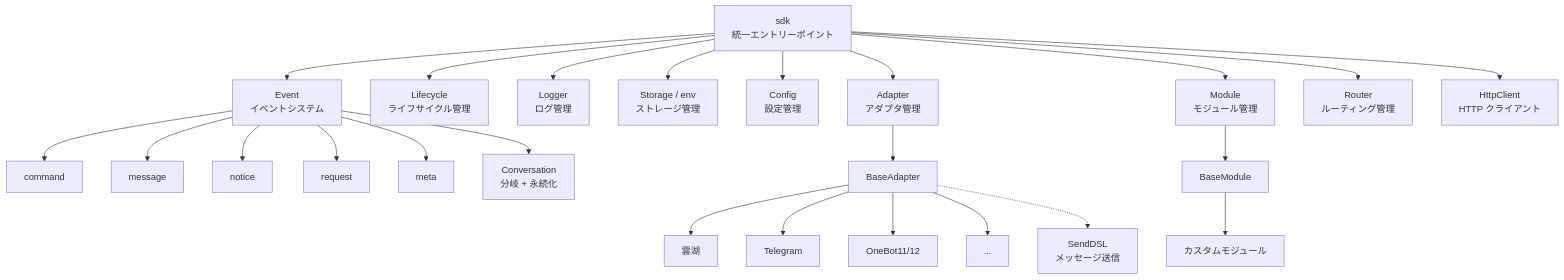
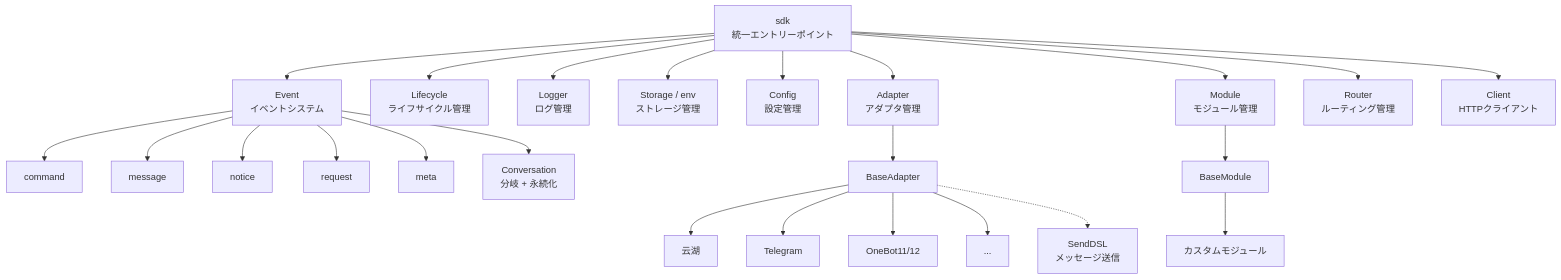
The first of 9 diagrams in docs/ja/architecture.md (ErisPulse/ErisPulse), drawn with Mermaid before and after one commit. The commit also changed other lines of this file and 31 other files, not shown here.

````diff
--- a/docs/ja/architecture.md
+++ b/docs/ja/architecture.md
@@ -11,31 +11,31 @@
 ```mermaid
 graph TB
     SDK["sdk<br/>統一エントリーポイント"]
 
     SDK --> Event["Event<br/>イベントシステム"]
     SDK --> Lifecycle["Lifecycle<br/>ライフサイクル管理"]
     SDK --> Logger["Logger<br/>ログ管理"]
     SDK --> Storage["Storage / env<br/>ストレージ管理"]
     SDK --> Config["Config<br/>設定管理"]
     SDK --> AdapterMgr["Adapter<br/>アダプタ管理"]
     SDK --> ModuleMgr["Module<br/>モジュール管理"]
     SDK --> Router["Router<br/>ルーティング管理"]
-    SDK --> Client["HttpClient<br/>HTTP クライアント"]
+    SDK --> Client["Client<br/>HTTPクライアント"]
     Event --> Command["command"]
     Event --> Message["message"]
     Event --> Notice["notice"]
     Event --> Request["request"]
     Event --> Meta["meta"]
     Event --> Conversation["Conversation<br/>分岐 + 永続化"]
 
     AdapterMgr --> BaseAdapter["BaseAdapter"]
-    BaseAdapter --> P1["雲湖"]
+    BaseAdapter --> P1["云湖"]
     BaseAdapter --> P2["Telegram"]
     BaseAdapter --> P3["OneBot11/12"]
     BaseAdapter --> PN["..."]
 
     ModuleMgr --> BaseModule["BaseModule"]
     BaseModule --> CM["カスタムモジュール"]
 
     BaseAdapter -.-> SendDSL["SendDSL<br/>メッセージ送信"]
 ```
````
